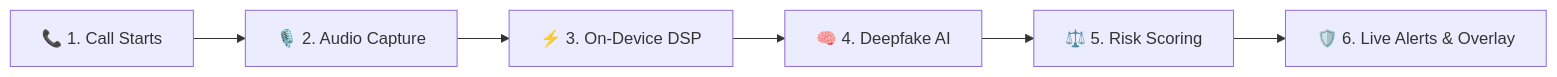
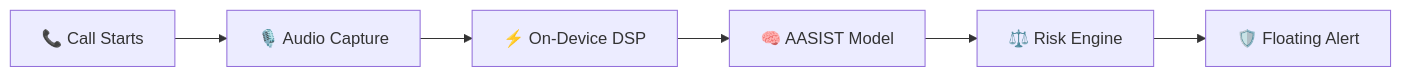
One commit to Sarthak1Developer/voice-shield changed the diagram in README.md. Above: the diagram before and after it, drawn with Mermaid. The commit also changed other lines of this file, not shown here.

````diff
--- a/README.md
+++ b/README.md
@@ -49,8 +41,8 @@
 ```mermaid
 flowchart LR
-    A["📞 1. Call Starts"] --> B["🎙️ 2. Audio Capture"]
-    B --> C["⚡ 3. On-Device DSP"]
-    C --> D["🧠 4. Deepfake AI"]
-    D --> E["⚖️ 5. Risk Scoring"]
-    E --> F["🛡️ 6. Live Alerts & Overlay"]
+    A["📞 Call Starts"] --> B["🎙️ Audio Capture"]
+    B --> C["⚡ On-Device DSP"]
+    C --> D["🧠 AASIST Model"]
+    D --> E["⚖️ Risk Engine"]
+    E --> F["🛡️ Floating Alert"]
 ```
````
